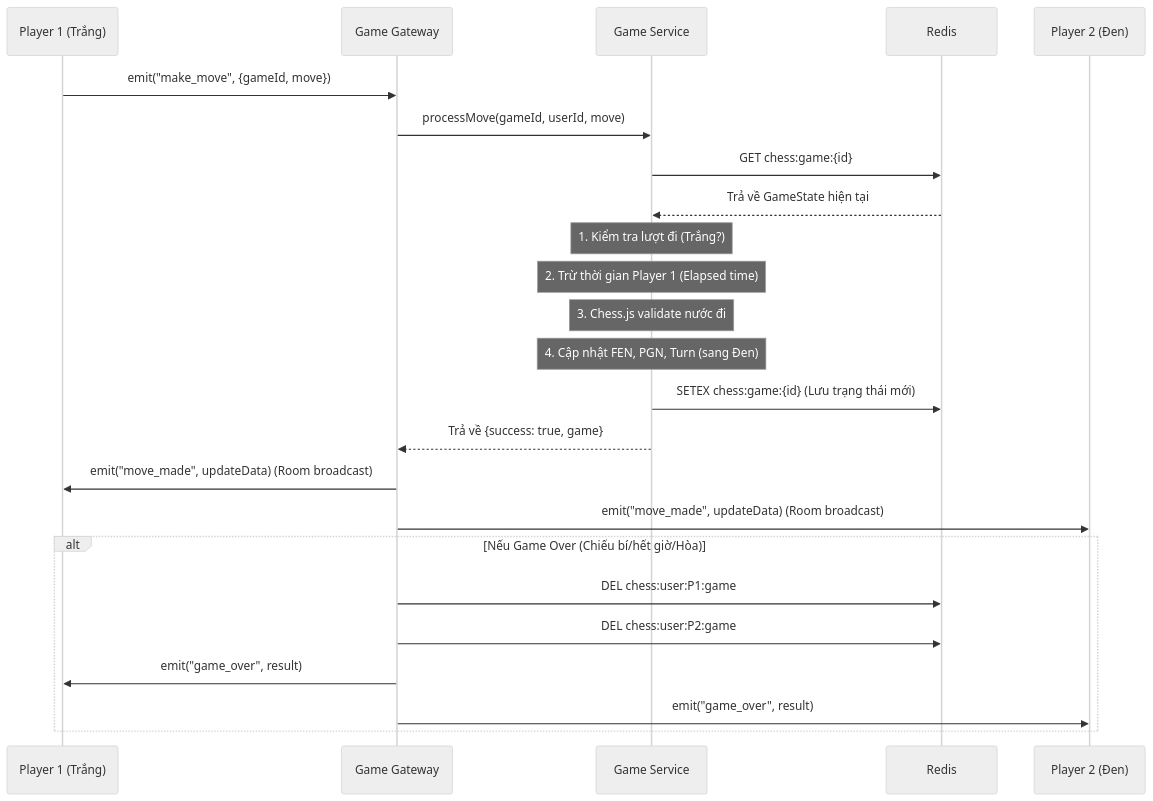
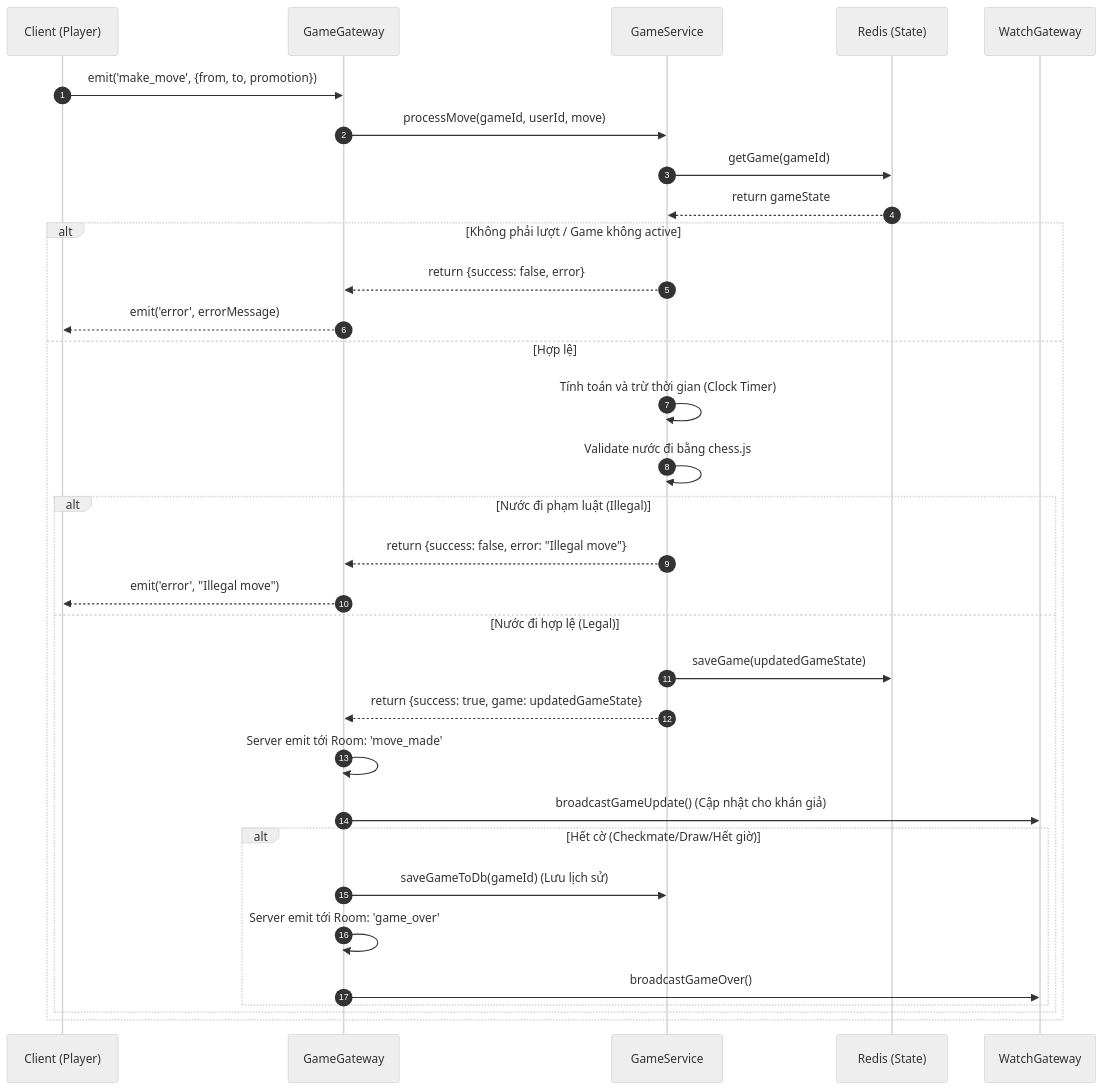
Before and after one commit to legiabao0907/web-chess-real-time: the second of 3 diagrams in README.md, drawn with Mermaid (neutral theme). The commit also changed other lines of this file, not shown here.

````diff
--- a/README.md
+++ b/README.md
@@ -56,32 +45,38 @@
 ```mermaid
 sequenceDiagram
-    participant P1 as Player 1 (Trắng)
-    participant GW as Game Gateway
-    participant GS as Game Service
-    participant R as Redis
-    participant P2 as Player 2 (Đen)
-
-    P1->>GW: emit("make_move", {gameId, move})
-    GW->>GS: processMove(gameId, userId, move)
+    autonumber
+    participant C as Client (Player)
+    participant GW as GameGateway
+    participant Svc as GameService
+    participant Redis as Redis (State)
+    participant W as WatchGateway
     
-    GS->>R: GET chess:game:{id}
-    R-->>GS: Trả về GameState hiện tại
-
-    Note over GS: 1. Kiểm tra lượt đi (Trắng?)
-    Note over GS: 2. Trừ thời gian Player 1 (Elapsed time)
-    Note over GS: 3. Chess.js validate nước đi
-    Note over GS: 4. Cập nhật FEN, PGN, Turn (sang Đen)
+    C->>GW: emit('make_move', {from, to, promotion})
+    GW->>Svc: processMove(gameId, userId, move)
+    Svc->>Redis: getGame(gameId)
+    Redis-->>Svc: return gameState
     
-    GS->>R: SETEX chess:game:{id} (Lưu trạng thái mới)
-    GS-->>GW: Trả về {success: true, game}
-
-    GW->>P1: emit("move_made", updateData) (Room broadcast)
-    GW->>P2: emit("move_made", updateData) (Room broadcast)
-
-    alt Nếu Game Over (Chiếu bí/hết giờ/Hòa)
-        GW->>R: DEL chess:user:P1:game
-        GW->>R: DEL chess:user:P2:game
-        GW->>P1: emit("game_over", result)
-        GW->>P2: emit("game_over", result)
+    alt Không phải lượt / Game không active
+        Svc-->>GW: return {success: false, error}
+        GW-->>C: emit('error', errorMessage)
+    else Hợp lệ
+        Svc->>Svc: Tính toán và trừ thời gian (Clock Timer)
+        Svc->>Svc: Validate nước đi bằng chess.js
+        
+        alt Nước đi phạm luật (Illegal)
+            Svc-->>GW: return {success: false, error: "Illegal move"}
+            GW-->>C: emit('error', "Illegal move")
+        else Nước đi hợp lệ (Legal)
+            Svc->>Redis: saveGame(updatedGameState)
+            Svc-->>GW: return {success: true, game: updatedGameState}
+            GW->>GW: Server emit tới Room: 'move_made'
+            GW->>W: broadcastGameUpdate() (Cập nhật cho khán giả)
+            
+            alt Hết cờ (Checkmate/Draw/Hết giờ)
+                GW->>Svc: saveGameToDb(gameId) (Lưu lịch sử)
+                GW->>GW: Server emit tới Room: 'game_over'
+                GW->>W: broadcastGameOver()
+            end
+        end
     end
 ```
````
